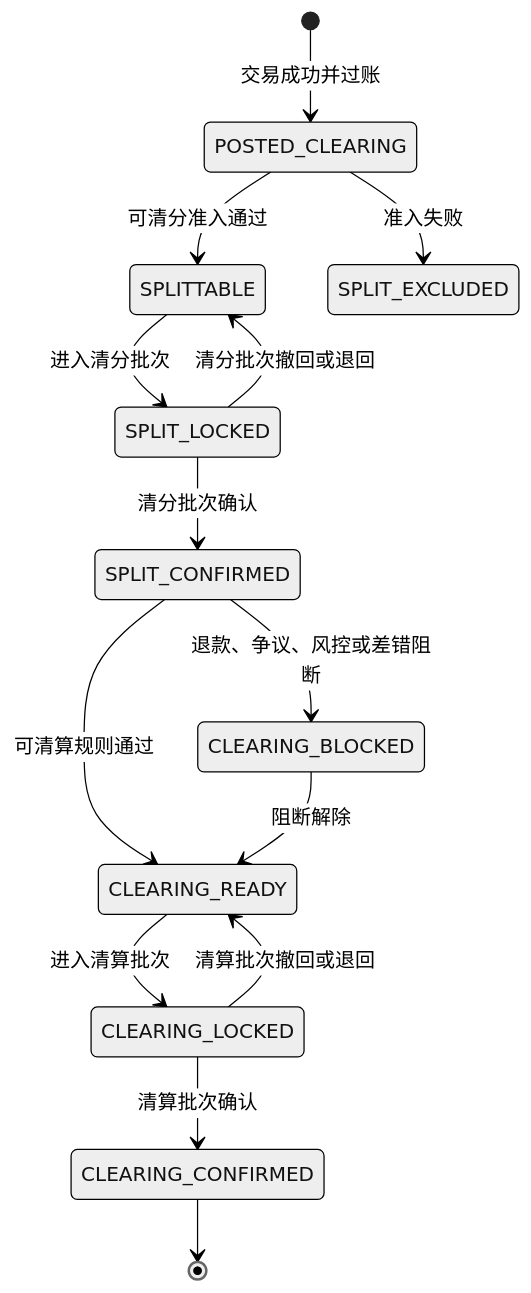
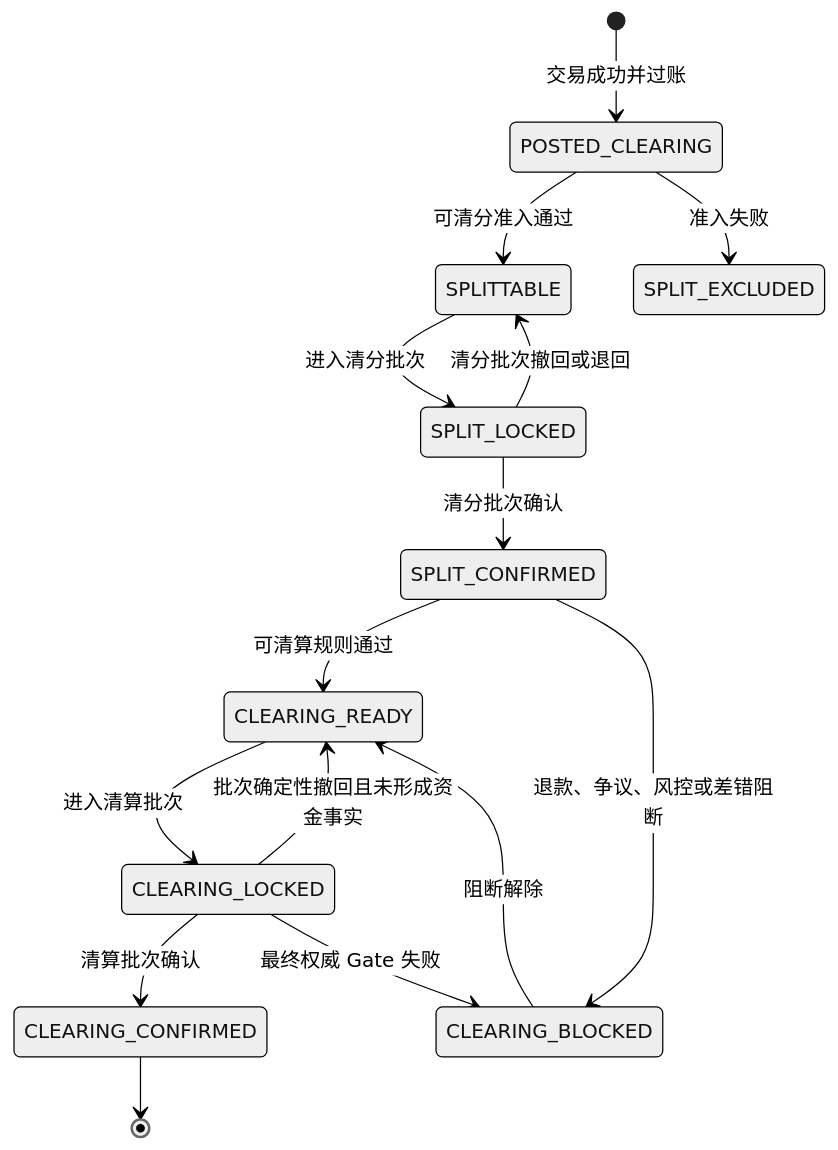
One commit to fengwuxp/wind-funds changed the third of 13 diagrams in docs/产品设计/03-清结算与对账.md. Above: the diagram before and after it, drawn with Mermaid (neutral theme). The commit also changed other lines of this file and 85 other files, not shown here.

````diff
--- a/docs/产品设计/03-清结算与对账.md
+++ b/docs/产品设计/03-清结算与对账.md
@@ -235,16 +235,17 @@
 ```mermaid
 stateDiagram
     [*] --> POSTED_CLEARING: 交易成功并过账
     POSTED_CLEARING --> SPLITTABLE: 可清分准入通过
     POSTED_CLEARING --> SPLIT_EXCLUDED: 准入失败
     SPLITTABLE --> SPLIT_LOCKED: 进入清分批次
     SPLIT_LOCKED --> SPLIT_CONFIRMED: 清分批次确认
     SPLIT_LOCKED --> SPLITTABLE: 清分批次撤回或退回
     SPLIT_CONFIRMED --> CLEARING_READY: 可清算规则通过
     SPLIT_CONFIRMED --> CLEARING_BLOCKED: 退款、争议、风控或差错阻断
     CLEARING_BLOCKED --> CLEARING_READY: 阻断解除
     CLEARING_READY --> CLEARING_LOCKED: 进入清算批次
     CLEARING_LOCKED --> CLEARING_CONFIRMED: 清算批次确认
-    CLEARING_LOCKED --> CLEARING_READY: 清算批次撤回或退回
+    CLEARING_LOCKED --> CLEARING_READY: 批次确定性撤回且未形成资金事实
+    CLEARING_LOCKED --> CLEARING_BLOCKED: 最终权威 Gate 失败
     CLEARING_CONFIRMED --> [*]
 ```
````
